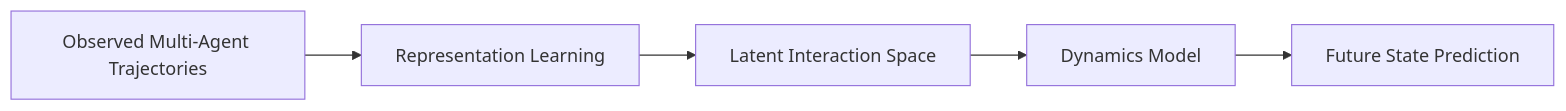
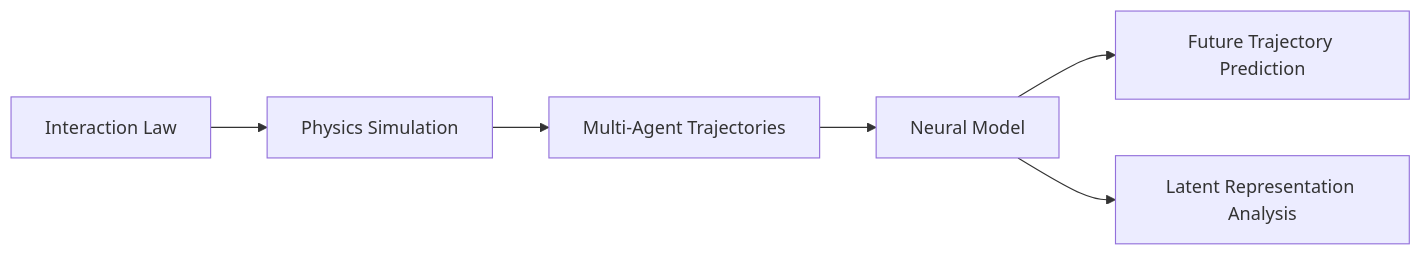
One commit to Rubotix-AI/Latent-Space-Inference-of-Dynamic-Multi-Agent-Systems changed the first of 2 diagrams in README.md. Above: the diagram before and after it, drawn with Mermaid. The commit also changed other lines of this file, not shown here.

````diff
--- a/README.md
+++ b/README.md
@@ -13,7 +13,8 @@
 ```mermaid
 graph LR
-    A["Observed Multi-Agent Trajectories"] --> B["Representation Learning"]
-    B --> C["Latent Interaction Space"]
-    C --> D["Dynamics Model"]
-    D --> E["Future State Prediction"]
+    A["Interaction Law"] --> B["Physics Simulation"]
+    B --> C["Multi-Agent Trajectories"]
+    C --> D["Neural Model"]
+    D --> E["Future Trajectory Prediction"]
+    D --> F["Latent Representation Analysis"]
 ```
````
